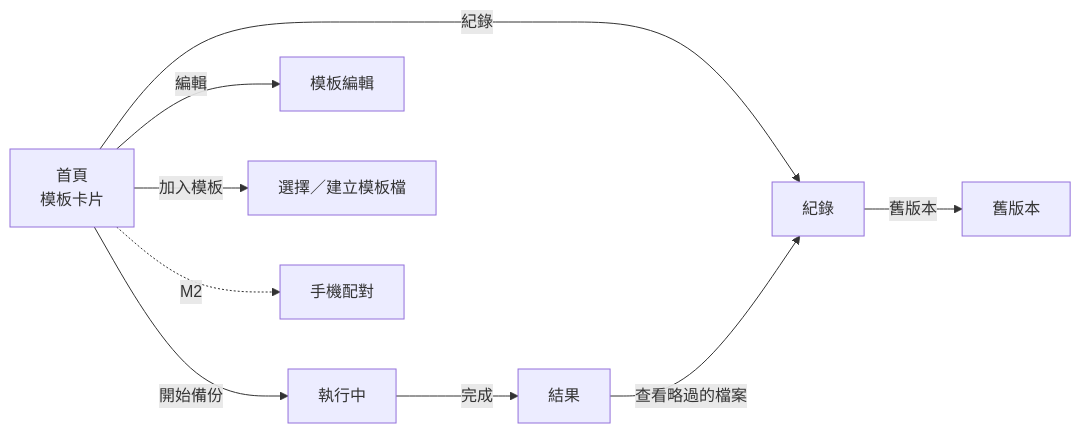
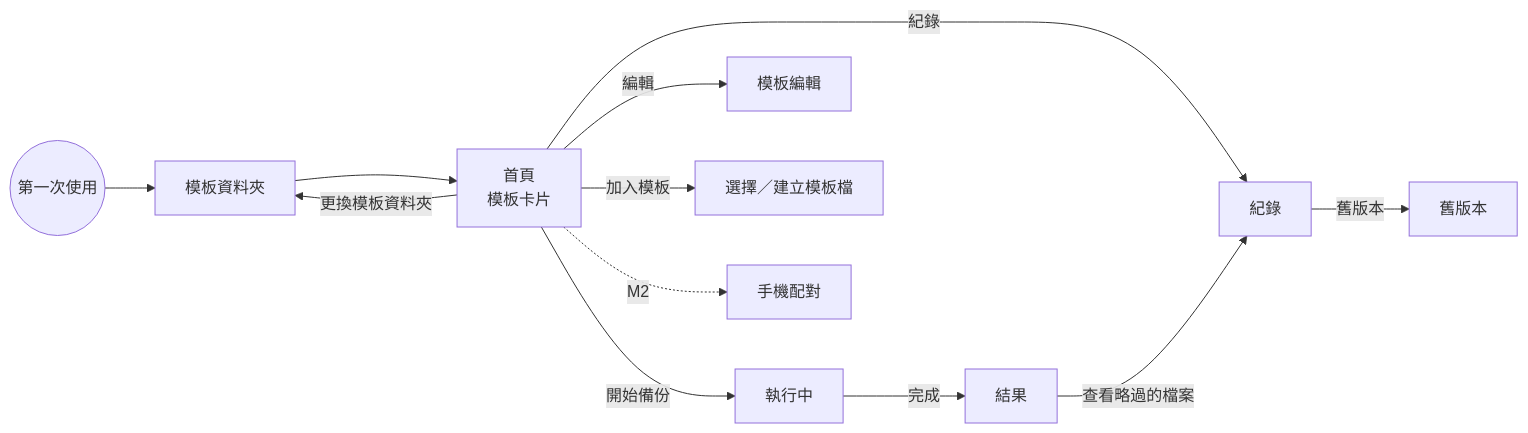
The diagram in docs/architecture/ui-workflows.md (SpringRain555/nucifraga), drawn with Mermaid before and after one commit. The commit also changed other lines of this file and 21 other files, not shown here.

````diff
--- a/docs/architecture/ui-workflows.md
+++ b/docs/architecture/ui-workflows.md
@@ -17,12 +17,15 @@
 ```mermaid
 %% name: screens
 flowchart LR
+  START(("第一次使用")) --> FOLDER["模板資料夾"]
+  FOLDER --> HOME
+  HOME -->|"更換模板資料夾"| FOLDER
   HOME["首頁<br/>模板卡片"] -->|"開始備份"| RUN["執行中"]
   HOME -->|"編輯"| EDIT["模板編輯"]
   HOME -->|"加入模板"| ADD["選擇／建立模板檔"]
   HOME -->|"紀錄"| LOG["紀錄"]
   RUN -->|"完成"| RESULT["結果"]
   RESULT -->|"查看略過的檔案"| LOG
   LOG -->|"舊版本"| VER["舊版本"]
   HOME -.->|"M2"| PHONE["手機配對"]
 ```
````
